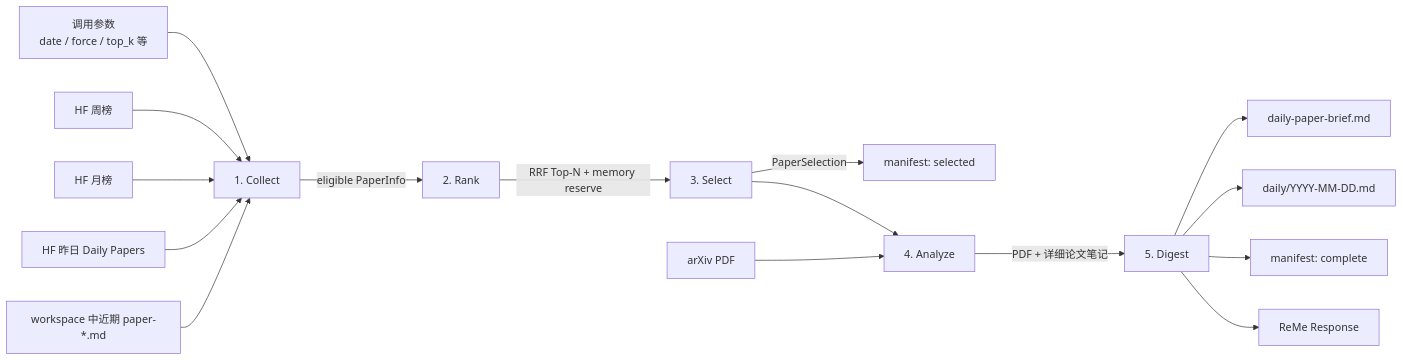
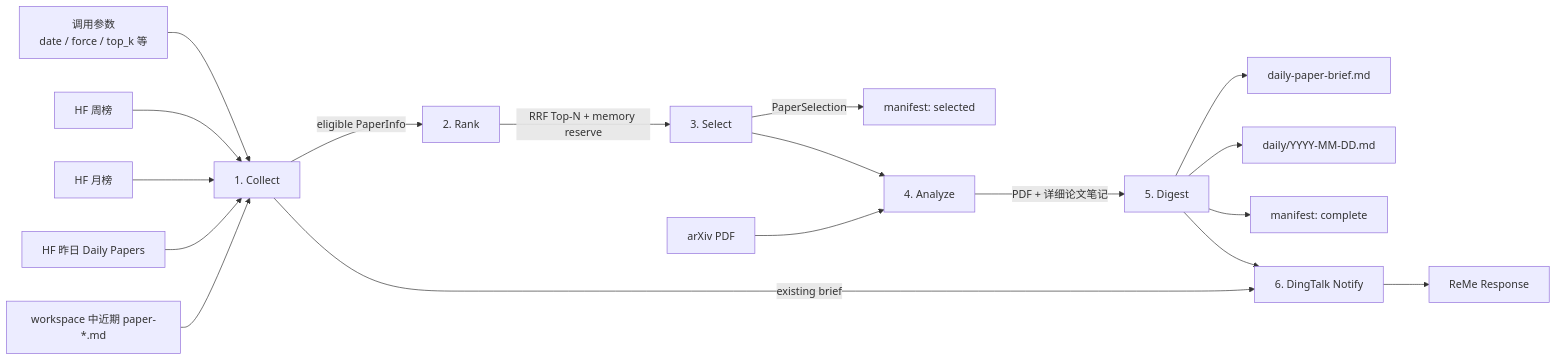
One commit to agentscope-ai/ReMe changed the diagram in cookbook/daily_paper/README.md. Above: the diagram before and after it, drawn with Mermaid. The commit also changed other lines of this file and 17 other files, not shown here.

First line of the commit message:
feat(daily_paper): add DingTalk notification integration and enhance logging

````diff
--- a/cookbook/daily_paper/README.md
+++ b/cookbook/daily_paper/README.md
@@ -14,18 +14,20 @@
 ```mermaid
 flowchart LR
     A[调用参数<br/>date / force / top_k 等] --> B[1. Collect]
     HF1[HF 周榜] --> B
     HF2[HF 月榜] --> B
     HF3[HF 昨日 Daily Papers] --> B
     HISTORY[workspace 中近期 paper-*.md] --> B
     B -->|eligible PaperInfo| C[2. Rank]
     C -->|RRF Top-N + memory reserve| D[3. Select]
     D -->|PaperSelection| M1[manifest: selected]
     D --> E[4. Analyze]
     ARXIV[arXiv PDF] --> E
     E -->|PDF + 详细论文笔记| F[5. Digest]
     F --> BRIEF[daily-paper-brief.md]
     F --> INDEX[daily/YYYY-MM-DD.md]
     F --> M2[manifest: complete]
-    F --> RESPONSE[ReMe Response]
+    F --> G[6. DingTalk Notify]
+    B -->|existing brief| G
+    G --> RESPONSE[ReMe Response]
 ```
````
